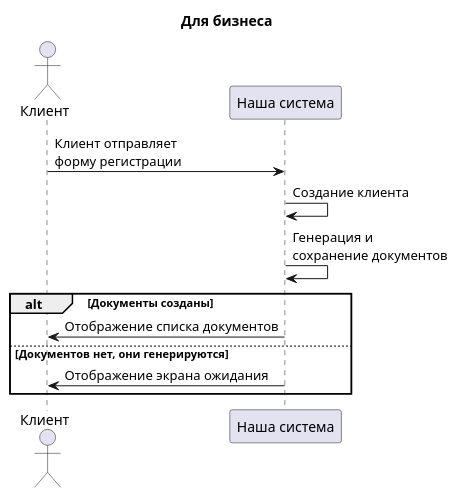
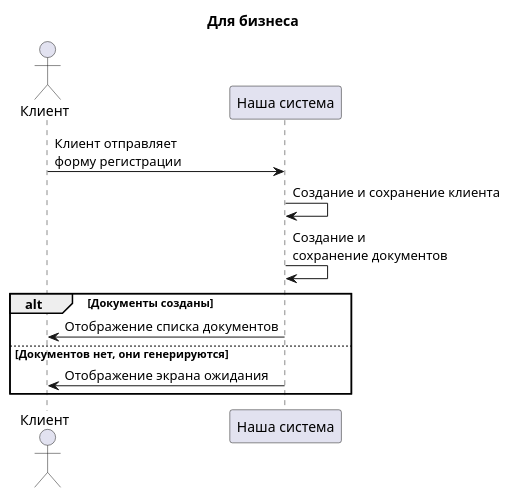
Before and after one commit to ramdirt/plantuml-course: the diagram in lessons/6 lesson/9.puml, drawn with PlantUML. The commit also changed 1 other file, not shown here.

```diff
--- a/lessons/6 lesson/9.puml
+++ b/lessons/6 lesson/9.puml
@@ -1,20 +1,20 @@
 @startuml Широкая диаграмма
 
 title Для бизнеса
 
 '__ АКТОРЫ __
 actor "Клиент" as Client
 participant "Наша система" as System
 
 '__ ВЗАИМОДЕЙСТВИЕ __
 Client -> System : Клиент отправляет \nформу регистрации
-System -> System : Создание клиента
-System -> System : Генерация и \nсохранение документов
+System -> System : Создание и сохранение клиента
+System -> System : Создание и \nсохранение документов
 alt Документы созданы
     System -> Client : Отображение списка документов
 else Документов нет, они генерируются
     System -> Client : Отображение экрана ожидания
 end
 
 
 @enduml
```
